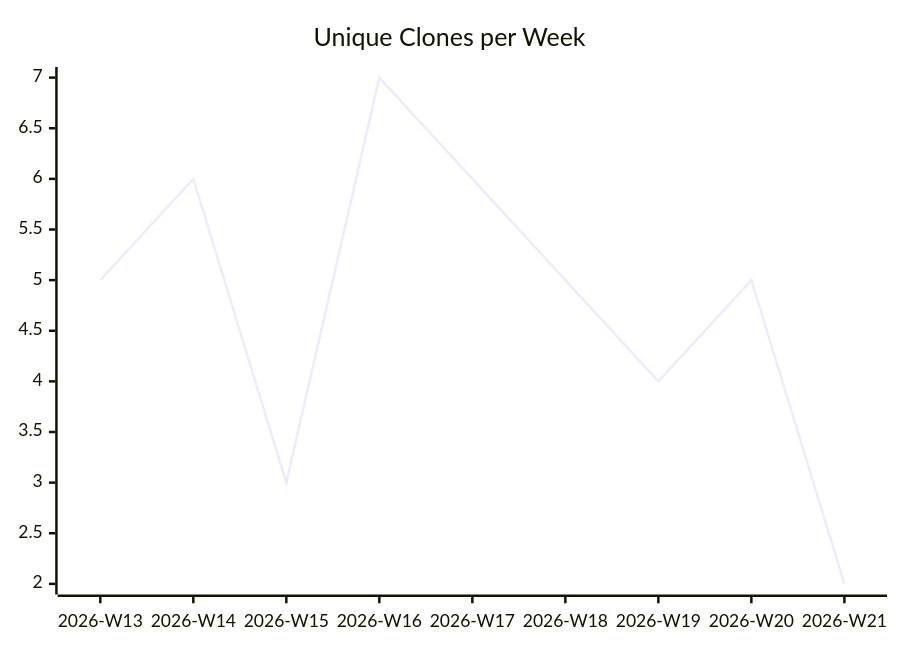
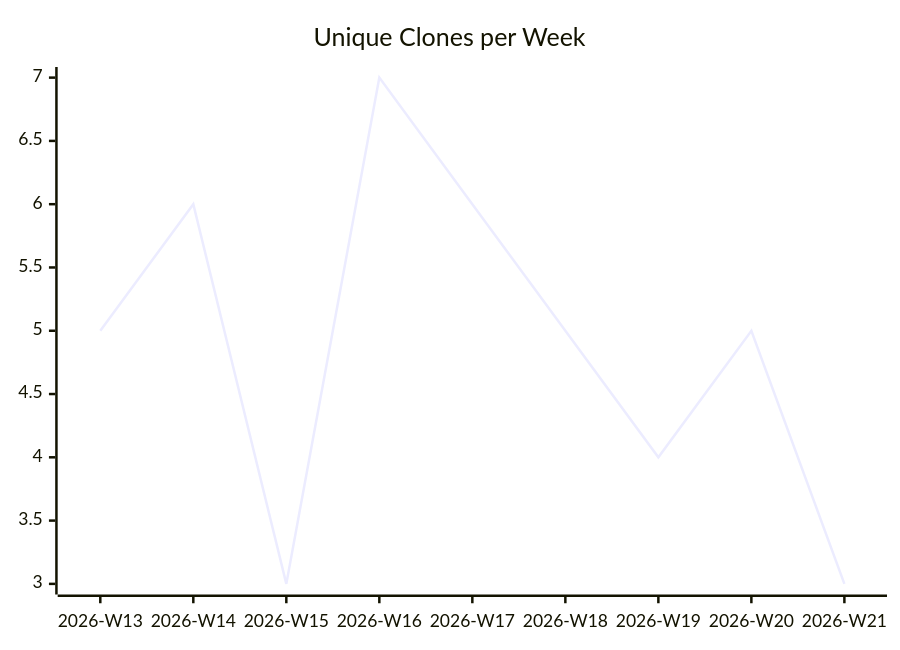
The third of 3 diagrams in karlmdavis/kxml2/README.md (justdavis-family/github-analytics-data), drawn with Mermaid before and after one commit. The commit also changed other lines of this file and 190 other files, not shown here.

````diff
--- a/karlmdavis/kxml2/README.md
+++ b/karlmdavis/kxml2/README.md
@@ -19,6 +19,6 @@
 ```mermaid
 xychart-beta
   title "Unique Clones per Week"
   x-axis ["2026-W13", "2026-W14", "2026-W15", "2026-W16", "2026-W17", "2026-W18", "2026-W19", "2026-W20", "2026-W21"]
-  line [5, 6, 3, 7, 6, 5, 4, 5, 2]
+  line [5, 6, 3, 7, 6, 5, 4, 5, 3]
 ```
````
